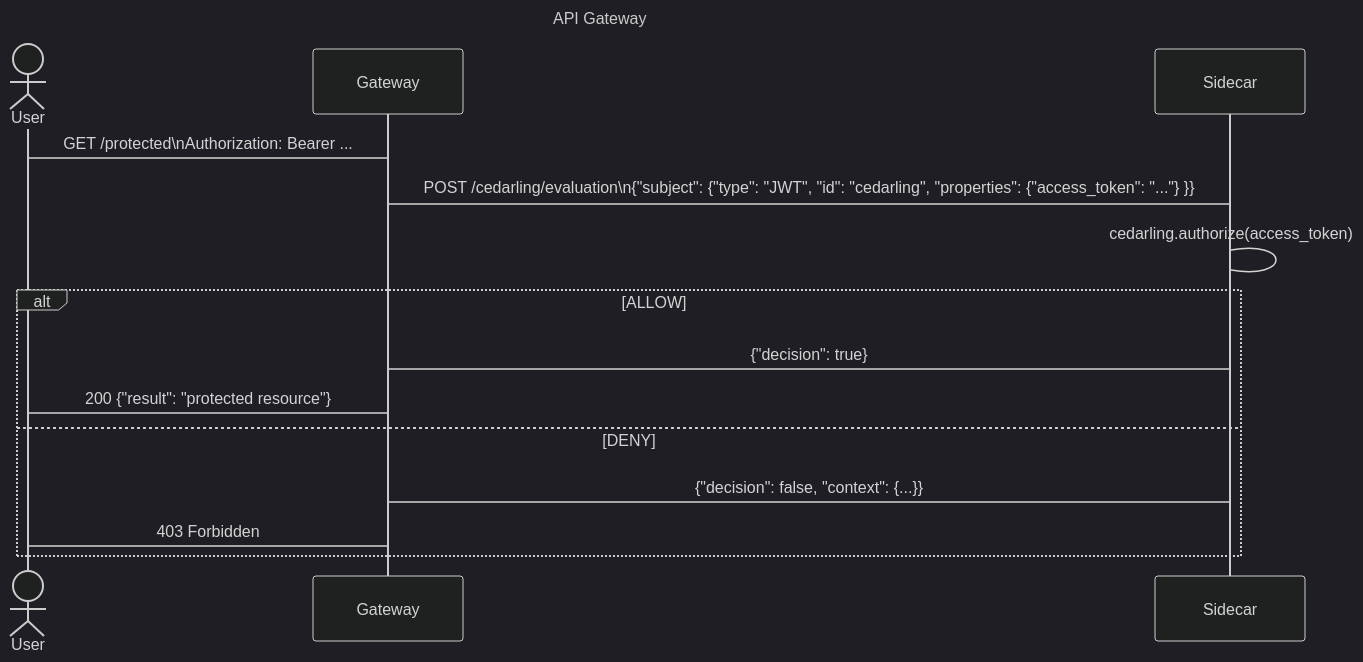
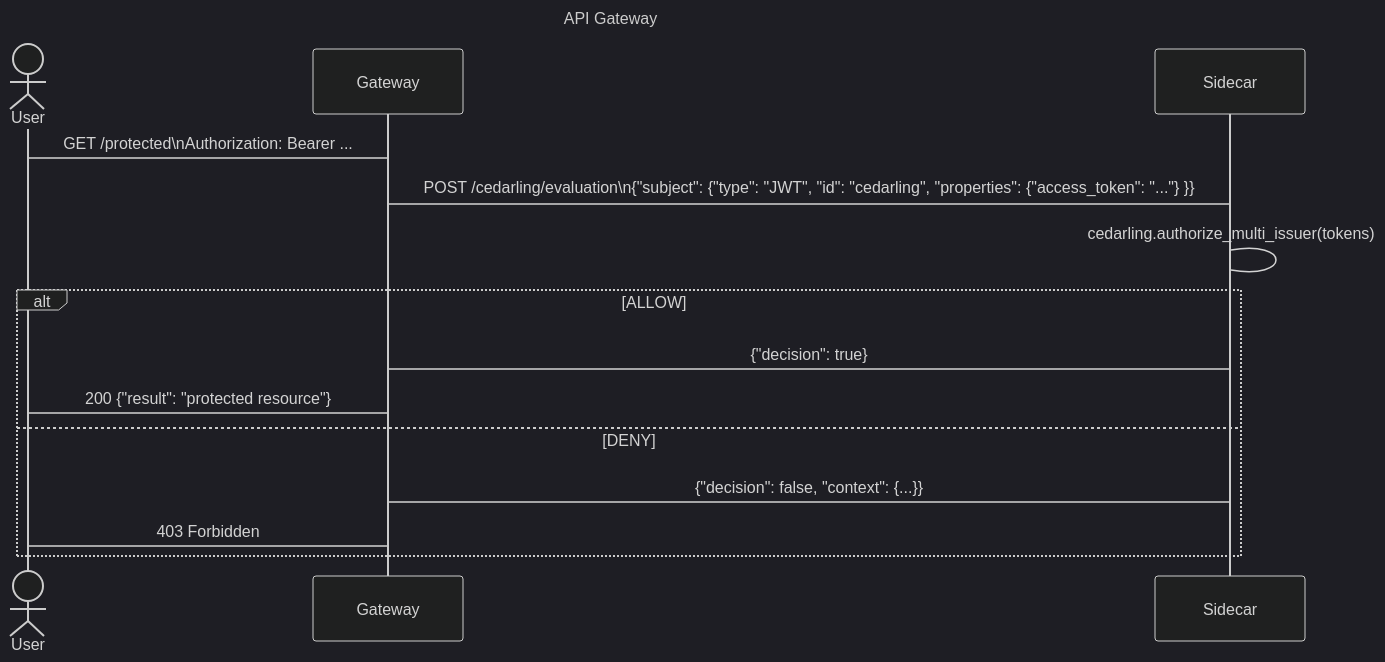
The diagram in docs/cedarling/developer/sidecar/cedarling-sidecar-tutorial.md (JanssenProject/jans), drawn with Mermaid (dark theme) before and after one commit. The commit also changed 3 other files, not shown here.

````diff
--- a/docs/cedarling/developer/sidecar/cedarling-sidecar-tutorial.md
+++ b/docs/cedarling/developer/sidecar/cedarling-sidecar-tutorial.md
@@ -20,20 +20,20 @@
 ```mermaid
 sequenceDiagram
 title API Gateway
 actor User
 participant Gateway
 participant Sidecar
 
 User->Gateway: GET /protected\nAuthorization: Bearer ...
 Gateway->Sidecar: POST /cedarling/evaluation\n{"subject": {"type": "JWT", "id": "cedarling", "properties": {"access_token": "..."} }}
-Sidecar->Sidecar: cedarling.authorize(access_token)
+Sidecar->Sidecar: cedarling.authorize_multi_issuer(tokens)
 
 alt ALLOW
     Sidecar->Gateway: {"decision": true}
     Gateway->User: 200 {"result": "protected resource"}
 else DENY
     Sidecar->Gateway: {"decision": false, "context": {...}}
     Gateway->User: 403 Forbidden
 end
 
 ```
````
